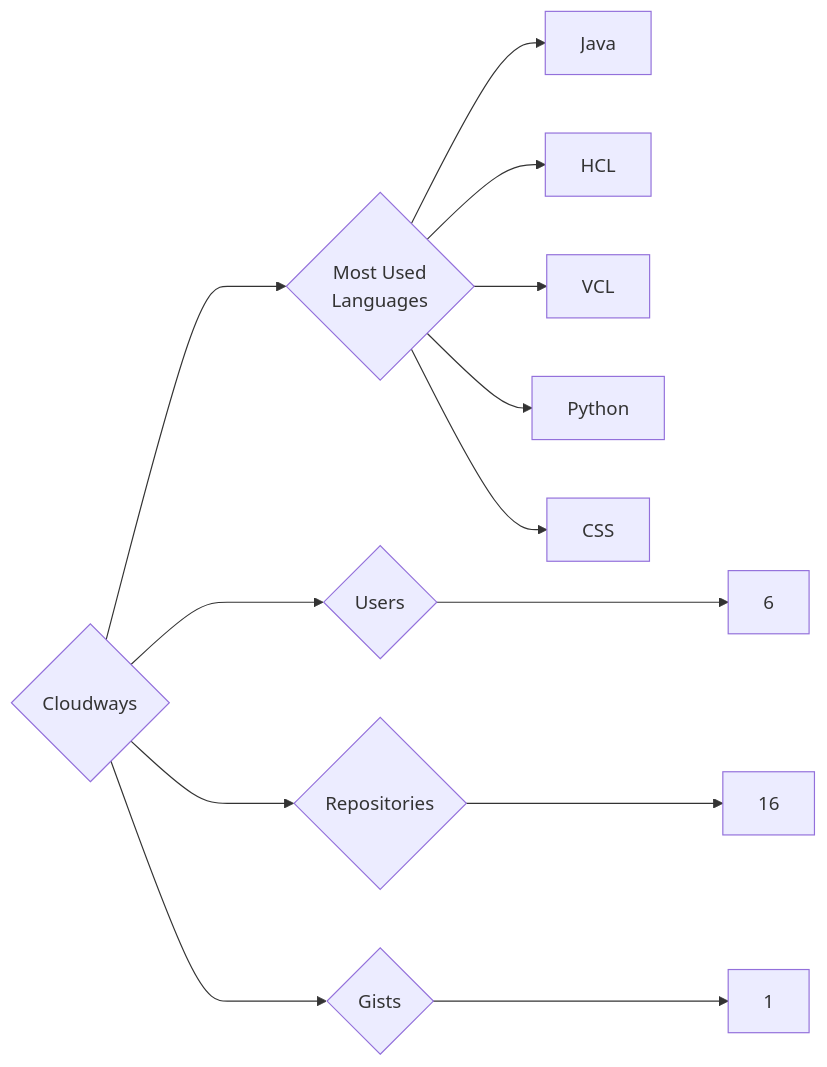
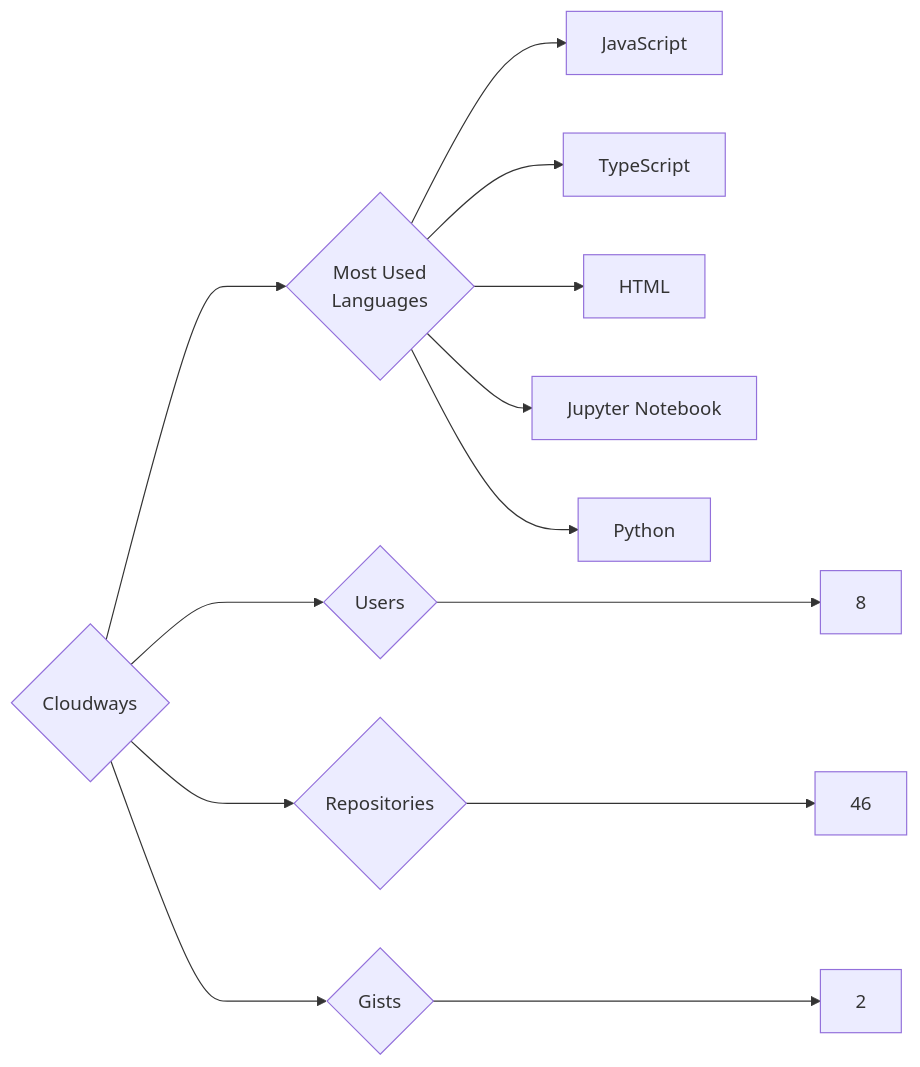
One commit to trickest/insiders changed the diagram in targets/Cloudways/README.md. Above: the diagram before and after it, drawn with Mermaid. The commit also changed 953 other files, not shown here.

````diff
--- a/targets/Cloudways/README.md
+++ b/targets/Cloudways/README.md
@@ -3,13 +3,13 @@
 ```mermaid
 graph LR
 COMPANY_NAME{Cloudways}
-COMPANY_NAME ---> U{Users} ---> UN[6]
-COMPANY_NAME ---> R{Repositories} ---> RN[16]
-COMPANY_NAME ---> G{Gists} ---> GN[1]
+COMPANY_NAME ---> U{Users} ---> UN[8]
+COMPANY_NAME ---> R{Repositories} ---> RN[46]
+COMPANY_NAME ---> G{Gists} ---> GN[2]
 COMPANY_NAME ---> ML{Most Used<br>Languages}
-ML --> Java[Java]
-ML --> HCL[HCL]
-ML --> VCL[VCL]
+ML --> JavaScript[JavaScript]
+ML --> TypeScript[TypeScript]
+ML --> HTML[HTML]
+ML --> Jupyter_Notebook[Jupyter Notebook]
 ML --> Python[Python]
-ML --> CSS[CSS]
 ```
````
